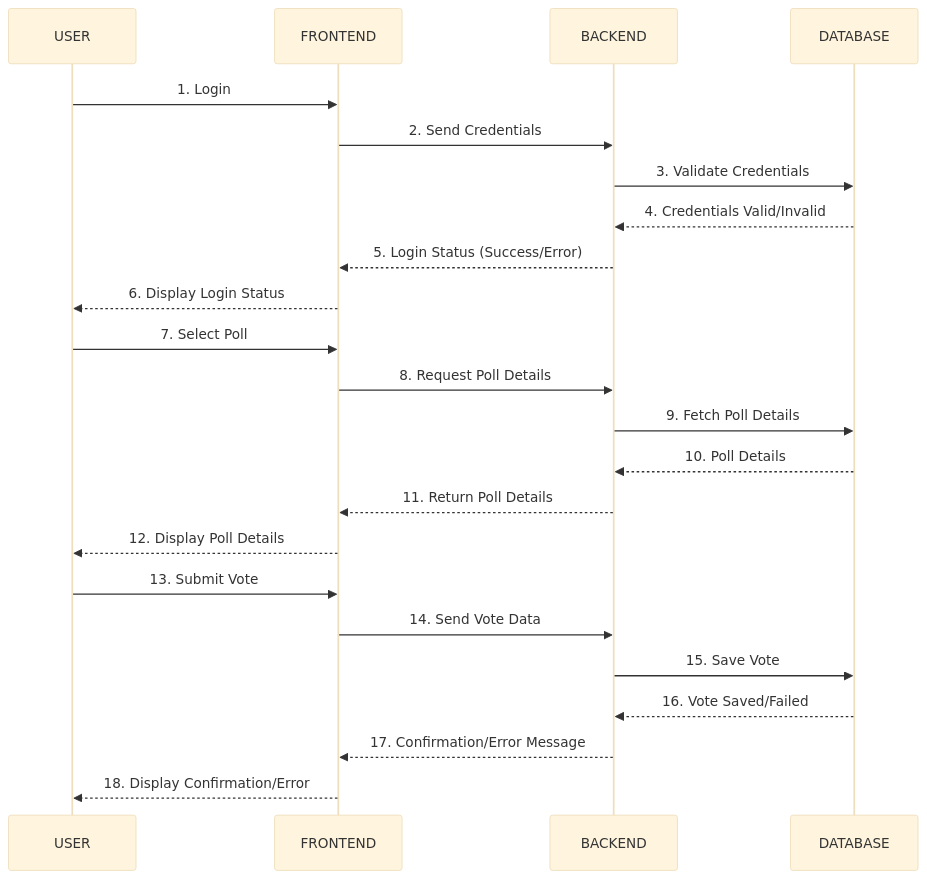
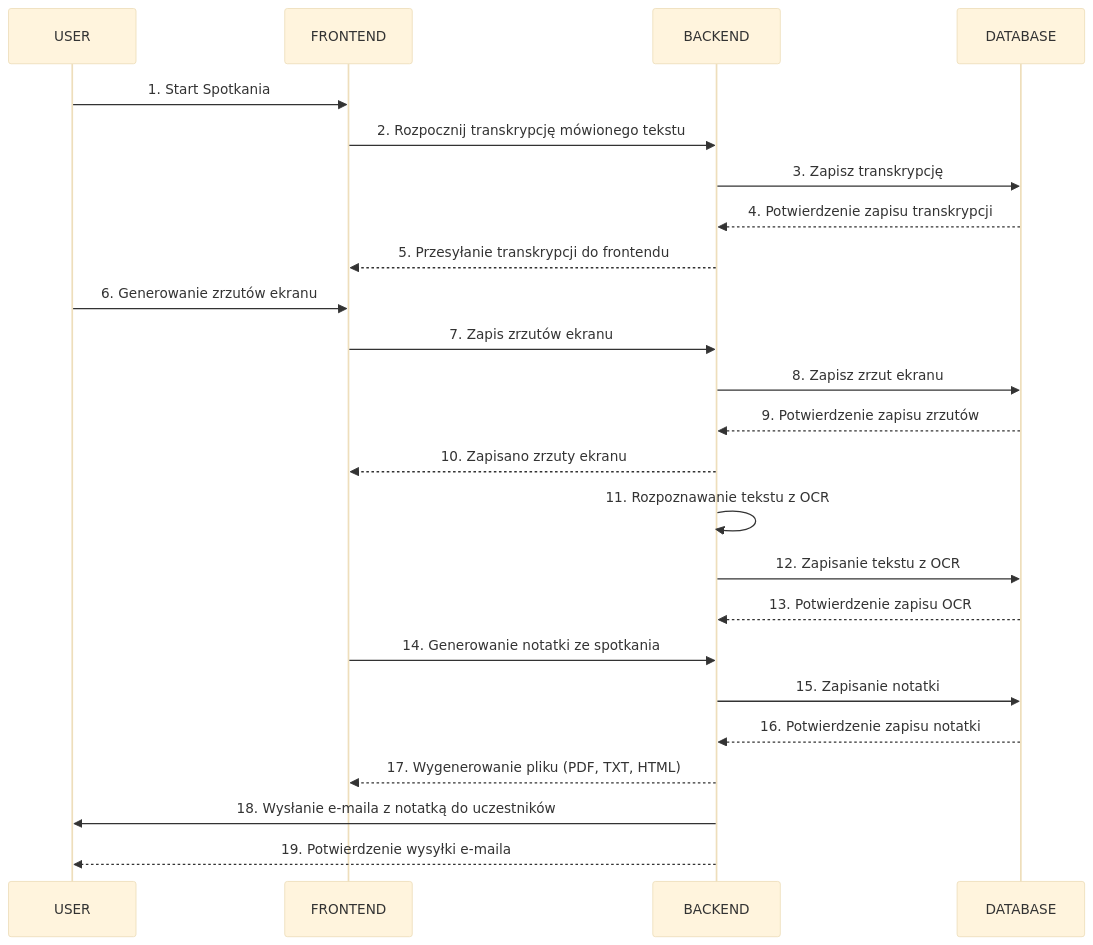
One commit to Zocha1/RemoteMeetingNotesGen changed the second of 2 diagrams in docs/Requirements_Engineering_Documentation.md. Above: the diagram before and after it, drawn with Mermaid (base theme). The commit also changed other lines of this file, not shown here.

````diff
--- a/docs/Requirements_Engineering_Documentation.md
+++ b/docs/Requirements_Engineering_Documentation.md
@@ -139,28 +214,32 @@
 ```mermaid
 sequenceDiagram
     participant USER
     participant FRONTEND
     participant BACKEND
     participant DATABASE
 
-    USER->>FRONTEND: 1. Login
-    FRONTEND->>BACKEND: 2. Send Credentials
-    BACKEND->>DATABASE: 3. Validate Credentials
-    DATABASE-->>BACKEND: 4. Credentials Valid/Invalid
-    BACKEND-->>FRONTEND: 5. Login Status (Success/Error)
-    FRONTEND-->>USER: 6. Display Login Status
+    USER->>FRONTEND: 1. Start Spotkania
+    FRONTEND->>BACKEND: 2. Rozpocznij transkrypcję mówionego tekstu
+    BACKEND->>DATABASE: 3. Zapisz transkrypcję
+    DATABASE-->>BACKEND: 4. Potwierdzenie zapisu transkrypcji
+    BACKEND-->>FRONTEND: 5. Przesyłanie transkrypcji do frontendu
 
-    USER->>FRONTEND: 7. Select Poll
-    FRONTEND->>BACKEND: 8. Request Poll Details
-    BACKEND->>DATABASE: 9. Fetch Poll Details
-    DATABASE-->>BACKEND: 10. Poll Details
-    BACKEND-->>FRONTEND: 11. Return Poll Details
-    FRONTEND-->>USER: 12. Display Poll Details
+    USER->>FRONTEND: 6. Generowanie zrzutów ekranu
+    FRONTEND->>BACKEND: 7. Zapis zrzutów ekranu
+    BACKEND->>DATABASE: 8. Zapisz zrzut ekranu
+    DATABASE-->>BACKEND: 9. Potwierdzenie zapisu zrzutów
+    BACKEND-->>FRONTEND: 10. Zapisano zrzuty ekranu
 
-    USER->>FRONTEND: 13. Submit Vote
-    FRONTEND->>BACKEND: 14. Send Vote Data
-    BACKEND->>DATABASE: 15. Save Vote
-    DATABASE-->>BACKEND: 16. Vote Saved/Failed
-    BACKEND-->>FRONTEND: 17. Confirmation/Error Message
-    FRONTEND-->>USER: 18. Display Confirmation/Error
+    BACKEND->>BACKEND: 11. Rozpoznawanie tekstu z OCR
+    BACKEND->>DATABASE: 12. Zapisanie tekstu z OCR
+    DATABASE-->>BACKEND: 13. Potwierdzenie zapisu OCR
+
+    FRONTEND->>BACKEND: 14. Generowanie notatki ze spotkania
+    BACKEND->>DATABASE: 15. Zapisanie notatki
+    DATABASE-->>BACKEND: 16. Potwierdzenie zapisu notatki
+    BACKEND-->>FRONTEND: 17. Wygenerowanie pliku (PDF, TXT, HTML)
+
+    BACKEND->>USER: 18. Wysłanie e-maila z notatką do uczestników
+    BACKEND-->>USER: 19. Potwierdzenie wysyłki e-maila
+
 ```
````
